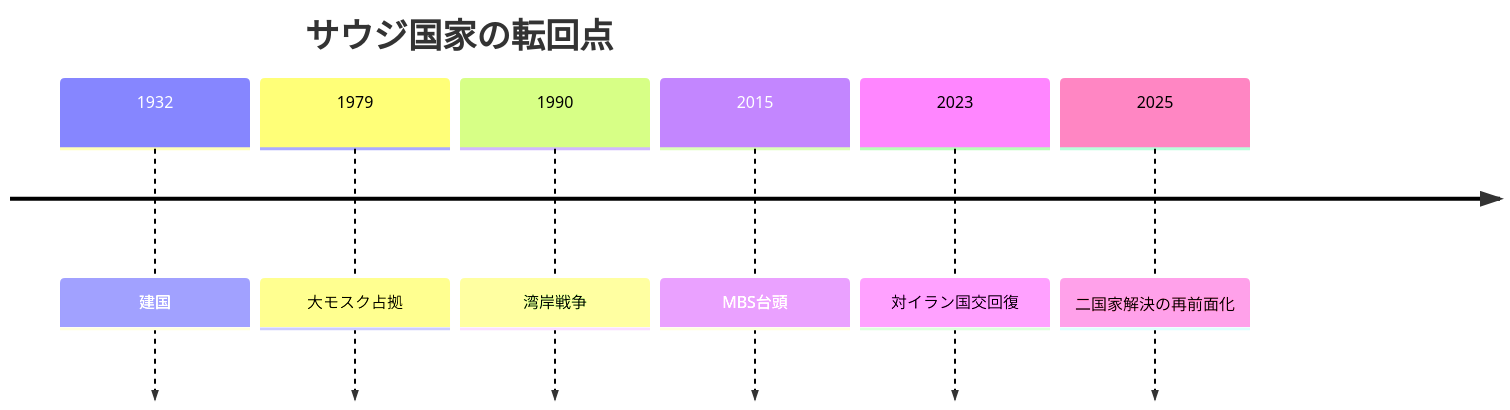
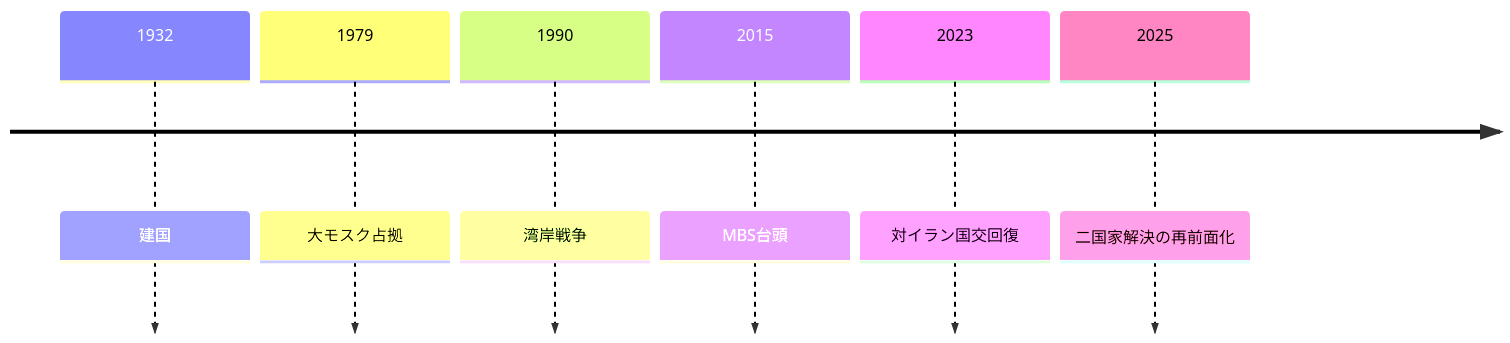
The second of 2 diagrams in articles/report/saudi-arabia-geopolitical-profile/ja/index.mdx (daylight55/research), drawn with Mermaid before and after one commit. The commit also changed other lines of this file and 181 other files, not shown here.

First line of the commit message:
全記事の図解368点を再生成し、共通注意書きを削除 (#402)

````diff
--- a/articles/report/saudi-arabia-geopolitical-profile/ja/index.mdx
+++ b/articles/report/saudi-arabia-geopolitical-profile/ja/index.mdx
@@ -49,10 +57,13 @@
 ```mermaid
 timeline
-  title サウジ国家の転回点
+  accTitle: サウジ国家の形成と政策転換
+  accDescr: 建国、1979年危機、湾岸戦争、MBS台頭、対イラン関係、パレスチナ外交を年代で並べる。
+  accTitle: サウジ国家の形成と政策転換
+  accDescr: 建国、1979年危機、湾岸戦争、MBS台頭、対イラン関係、パレスチナ外交を年代で並べる。
   1932 : 建国
   1979 : 大モスク占拠
   1990 : 湾岸戦争
   2015 : MBS台頭
   2023 : 対イラン国交回復
   2025 : 二国家解決の再前面化
 ```
````
